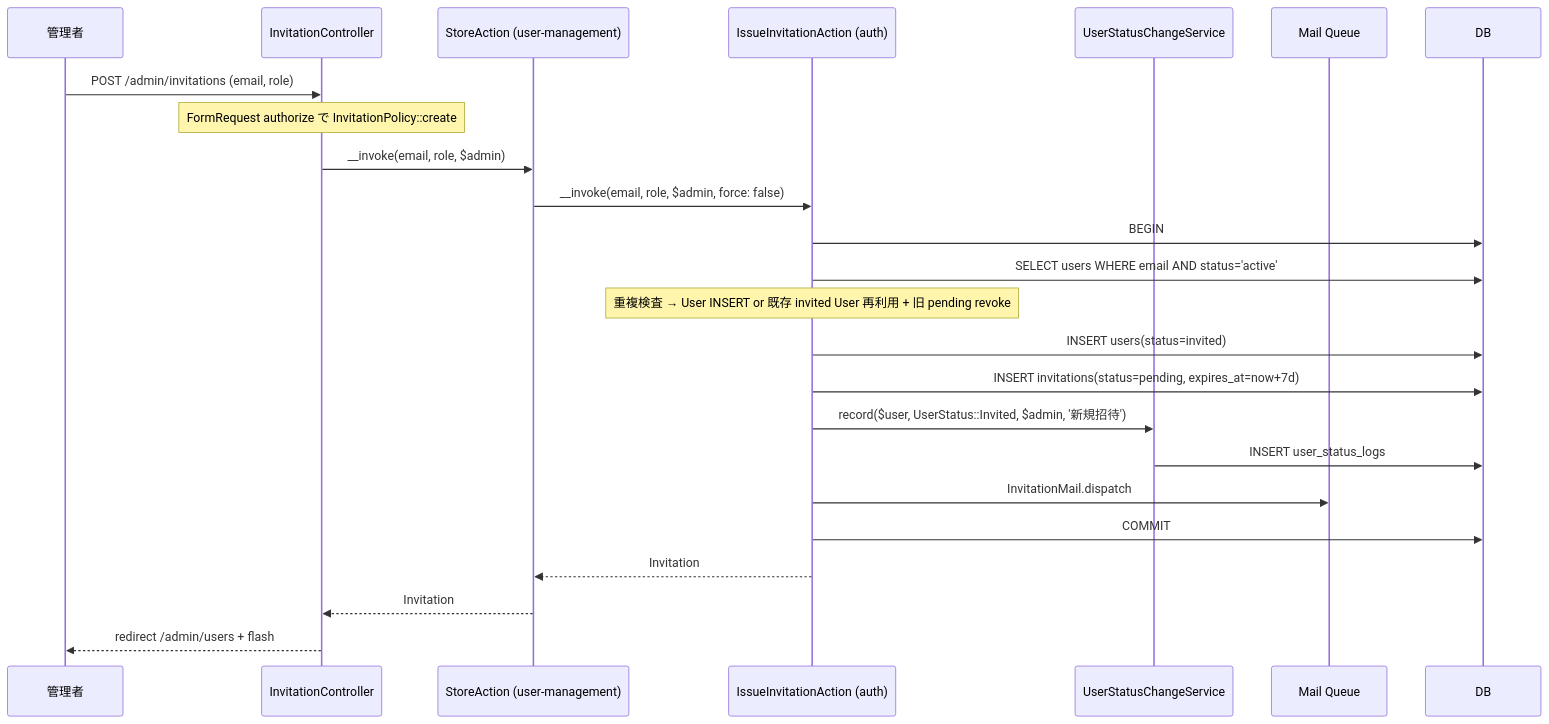
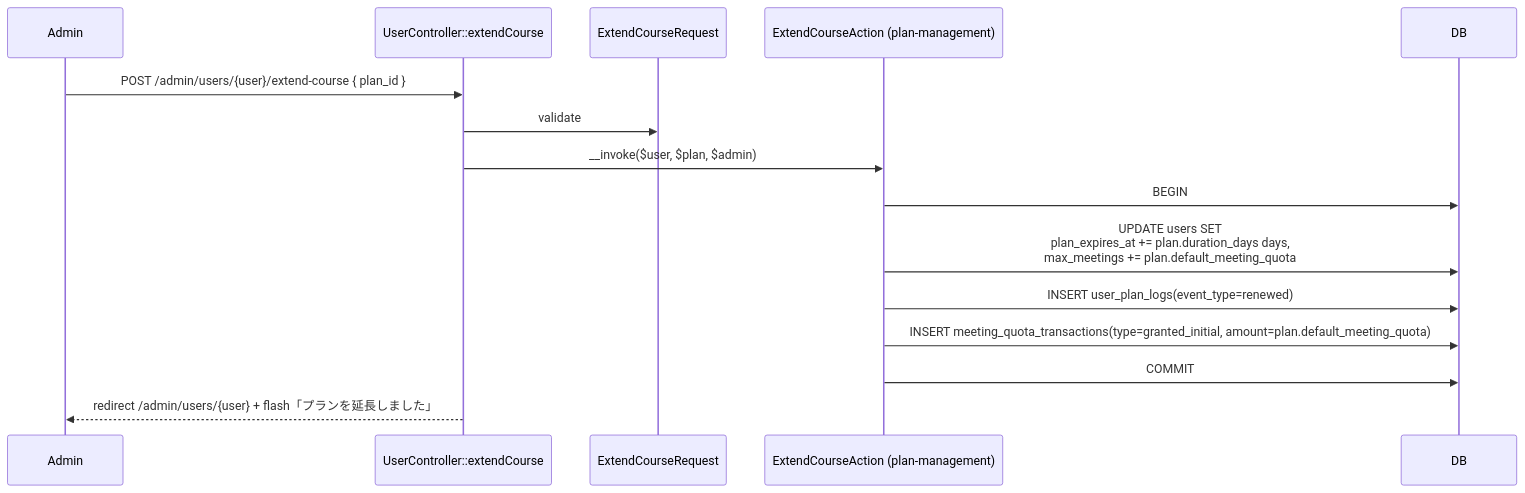
One commit to coachtech-mockcase-second/ExampleAnswer-mockcase-CertifyLMS changed the second of 5 diagrams in docs/specs/user-management/design.md. Above: the diagram before and after it, drawn with Mermaid. The commit also changed other lines of this file and 67 other files, not shown here.

````diff
--- a/docs/specs/user-management/design.md
+++ b/docs/specs/user-management/design.md
@@ -47,27 +53,17 @@
 ```mermaid
 sequenceDiagram
-    participant Admin as 管理者
-    participant IC as InvitationController
-    participant SA as StoreAction (user-management)
-    participant IIA as IssueInvitationAction (auth)
-    participant Svc as UserStatusChangeService
-    participant Mail as Mail Queue
-    participant DB as DB
+    participant Admin
+    participant UC as UserController::extendCourse
+    participant Req as ExtendCourseRequest
+    participant ECA as ExtendCourseAction (plan-management)
 
-    Admin->>IC: POST /admin/invitations (email, role)
-    Note over IC: FormRequest authorize で InvitationPolicy::create
-    IC->>SA: __invoke(email, role, $admin)
-    SA->>IIA: __invoke(email, role, $admin, force: false)
-    IIA->>DB: BEGIN
-    IIA->>DB: SELECT users WHERE email AND status='active'
-    Note over IIA: 重複検査 → User INSERT or 既存 invited User 再利用 + 旧 pending revoke
-    IIA->>DB: INSERT users(status=invited)
-    IIA->>DB: INSERT invitations(status=pending, expires_at=now+7d)
-    IIA->>Svc: record($user, UserStatus::Invited, $admin, '新規招待')
-    Svc->>DB: INSERT user_status_logs
-    IIA->>Mail: InvitationMail.dispatch
-    IIA->>DB: COMMIT
-    IIA-->>SA: Invitation
-    SA-->>IC: Invitation
-    IC-->>Admin: redirect /admin/users + flash
+    Admin->>UC: POST /admin/users/{user}/extend-course { plan_id }
+    UC->>Req: validate
+    UC->>ECA: __invoke($user, $plan, $admin)
+    ECA->>DB: BEGIN
+    ECA->>DB: UPDATE users SET<br/>plan_expires_at += plan.duration_days days,<br/>max_meetings += plan.default_meeting_quota
+    ECA->>DB: INSERT user_plan_logs(event_type=renewed)
+    ECA->>DB: INSERT meeting_quota_transactions(type=granted_initial, amount=plan.default_meeting_quota)
+    ECA->>DB: COMMIT
+    UC-->>Admin: redirect /admin/users/{user} + flash「プランを延長しました」
 ```
````
